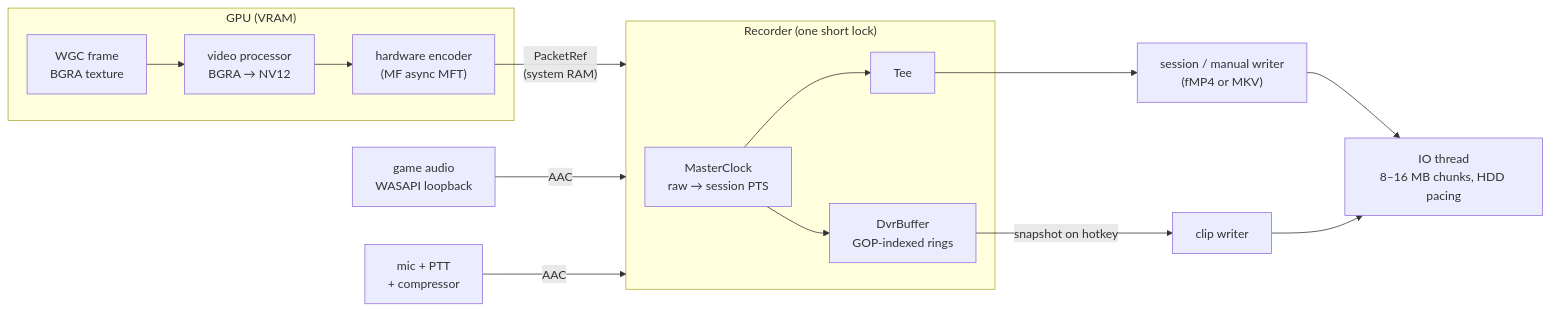
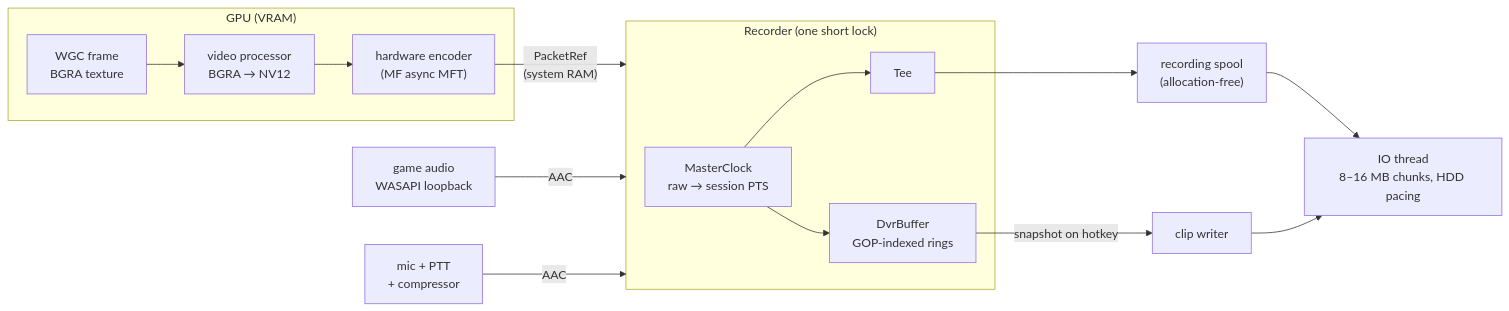
Before and after one commit to zeroclip-dev/zeroclip: the first of 2 diagrams in docs/ARCHITECTURE.md, drawn with Mermaid. The commit also changed other lines of this file and 4 other files, not shown here.

````diff
--- a/docs/ARCHITECTURE.md
+++ b/docs/ARCHITECTURE.md
@@ -61,17 +61,17 @@
 ```mermaid
 flowchart LR
     subgraph gpu["GPU (VRAM)"]
         wgc["WGC frame<br/>BGRA texture"] --> nv12["video processor<br/>BGRA → NV12"] --> enc["hardware encoder<br/>(MF async MFT)"]
     end
     enc -- "PacketRef<br/>(system RAM)" --> rec
     ga["game audio<br/>WASAPI loopback"] -- AAC --> rec
     mic["mic + PTT<br/>+ compressor"] -- AAC --> rec
     subgraph rec["Recorder (one short lock)"]
         clock["MasterClock<br/>raw → session PTS"] --> dvr["DvrBuffer<br/>GOP-indexed rings"]
         clock --> tee["Tee"]
     end
-    tee --> session["session / manual writer<br/>(fMP4 or MKV)"]
+    tee --> spool["recording spool<br/>(allocation-free)"]
     dvr -- "snapshot on hotkey" --> dump["clip writer"]
-    session --> io["IO thread<br/>8–16 MB chunks, HDD pacing"]
+    spool --> io["IO thread<br/>8–16 MB chunks, HDD pacing"]
     dump --> io
 ```
````
